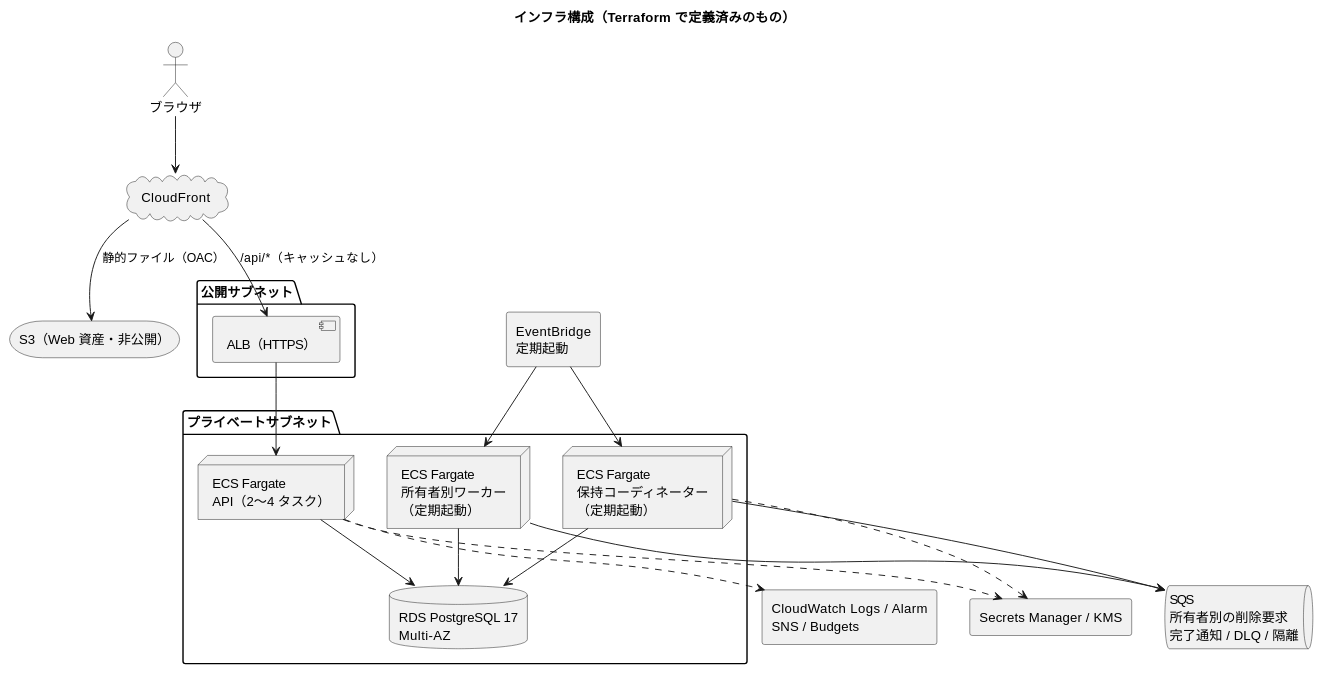
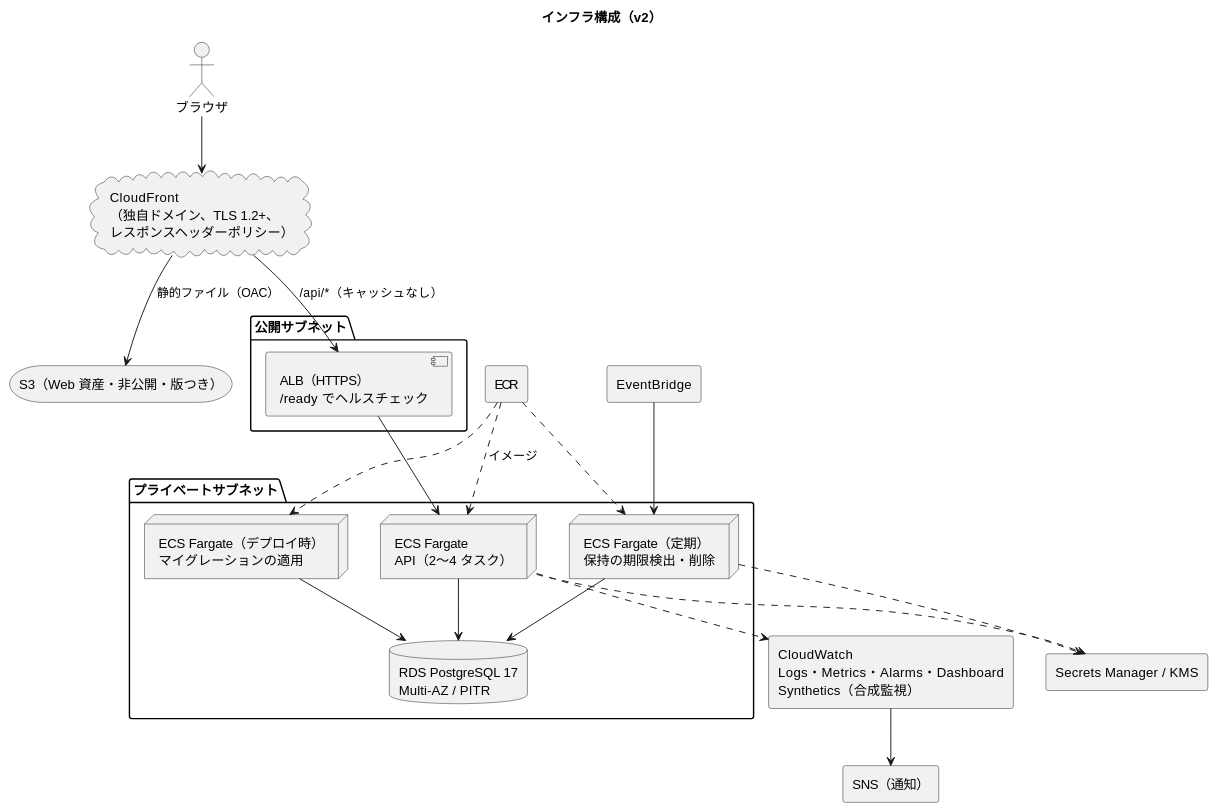
The first of 2 diagrams in docs/design/beer-game2/architecture-infrastructure.md (k2works/case-study-beer-game-simulation), drawn with PlantUML before and after one commit. The commit also changed other lines of this file and 5 other files, not shown here.

````diff
--- a/docs/design/beer-game2/architecture-infrastructure.md
+++ b/docs/design/beer-game2/architecture-infrastructure.md
@@ -36,40 +38,42 @@
 ```plantuml
 @startuml
-title インフラ構成（Terraform で定義済みのもの）
+title インフラ構成（v2）
 
 actor "ブラウザ" as Browser
-cloud "CloudFront" as CF
+cloud "CloudFront\n（独自ドメイン、TLS 1.2+、\nレスポンスヘッダーポリシー）" as CF
 
 package "公開サブネット" {
-  [ALB（HTTPS）] as ALB
+  [ALB（HTTPS）\n/ready でヘルスチェック] as ALB
 }
 
 package "プライベートサブネット" {
   node "ECS Fargate\nAPI（2〜4 タスク）" as API
-  node "ECS Fargate\n保持コーディネーター\n（定期起動）" as Coord
-  node "ECS Fargate\n所有者別ワーカー\n（定期起動）" as Owner
-  database "RDS PostgreSQL 17\nMulti-AZ" as DB
+  node "ECS Fargate（定期）\n保持の期限検出・削除" as Ret
+  node "ECS Fargate（デプロイ時）\nマイグレーションの適用" as Mig
+  database "RDS PostgreSQL 17\nMulti-AZ / PITR" as DB
 }
 
-storage "S3（Web 資産・非公開）" as S3Web
-queue "SQS\n所有者別の削除要求\n完了通知 / DLQ / 隔離" as SQS
-rectangle "EventBridge\n定期起動" as EB
+storage "S3（Web 資産・非公開・版つき）" as S3Web
+rectangle "ECR" as ECR
+rectangle "EventBridge" as EB
 rectangle "Secrets Manager / KMS" as SM
-rectangle "CloudWatch Logs / Alarm\nSNS / Budgets" as Mon
+rectangle "CloudWatch\nLogs・Metrics・Alarms・Dashboard\nSynthetics（合成監視）" as Mon
+rectangle "SNS（通知）" as SNS
 
 Browser --> CF
 CF --> S3Web : 静的ファイル（OAC）
 CF --> ALB : /api/*（キャッシュなし）
 ALB --> API
 API --> DB
-EB --> Coord
-EB --> Owner
-Coord --> SQS
-Owner --> SQS
-Coord --> DB
-Owner --> DB
+EB --> Ret
+Ret --> DB
+Mig --> DB
+ECR ..> API : イメージ
+ECR ..> Ret
+ECR ..> Mig
 API ..> SM
-Coord ..> SM
+Ret ..> SM
 API ..> Mon
+Mon --> SNS
 @enduml
 ```
````
